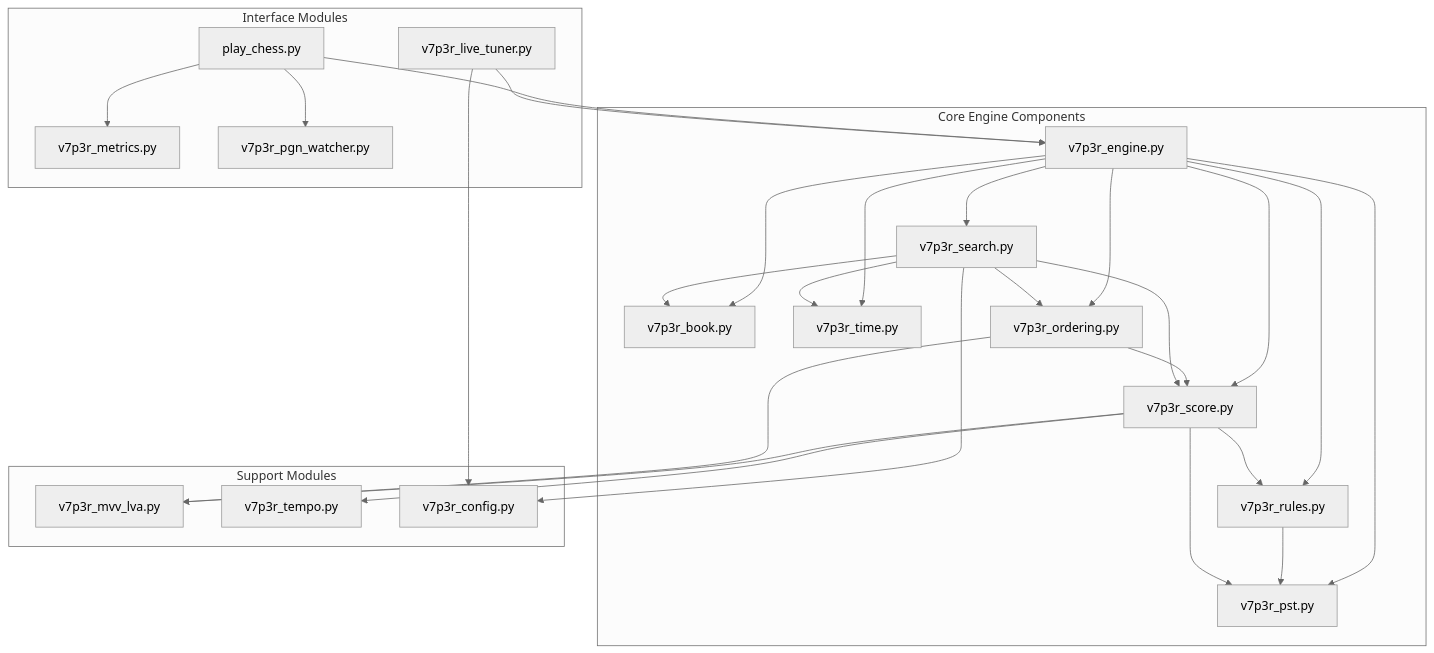
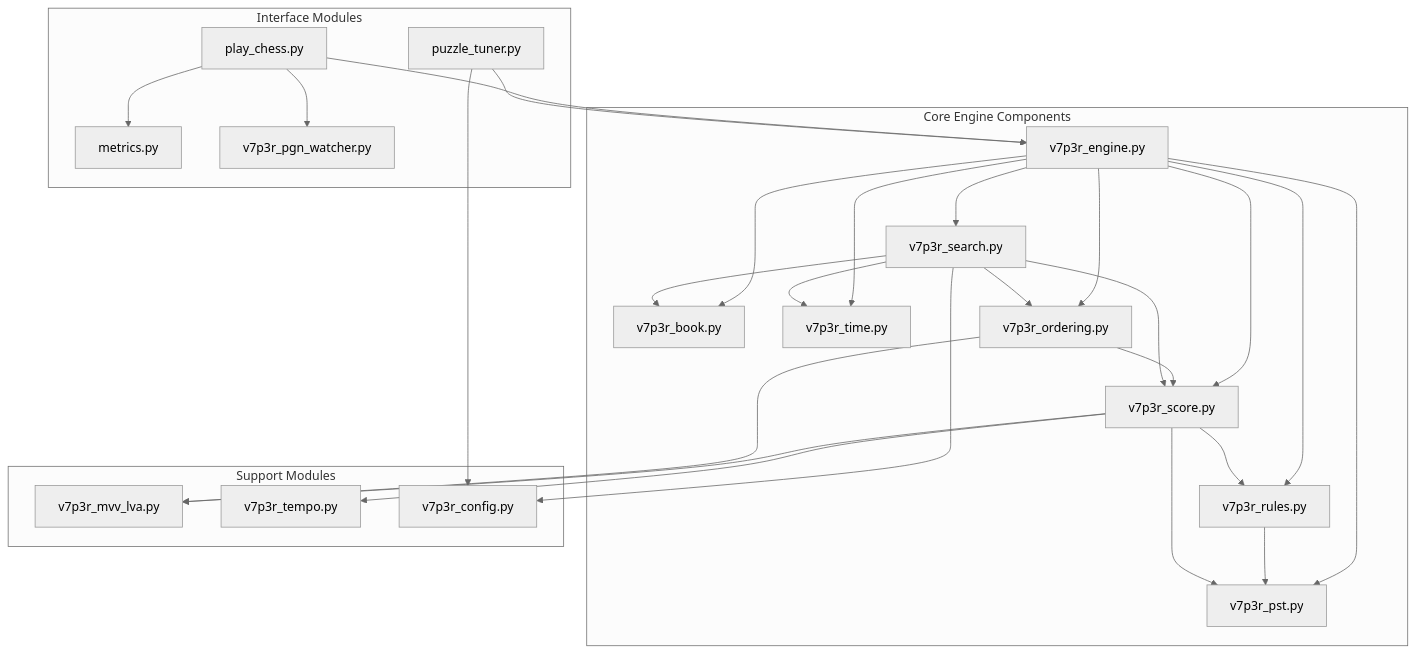
The diagram in docs/MODULE_DEPENDENCIES.md (pssnyder/v7p3r-chess-engine), drawn with Mermaid (neutral theme) before and after one commit. The commit also changed other lines of this file and 47 other files, not shown here.

````diff
--- a/docs/MODULE_DEPENDENCIES.md
+++ b/docs/MODULE_DEPENDENCIES.md
@@ -3,56 +3,56 @@
 ```mermaid
 graph TD
     A[v7p3r_engine.py] --> B[v7p3r_pst.py]
     A --> C[v7p3r_book.py]
     A --> D[v7p3r_time.py]
     A --> E[v7p3r_rules.py]
     A --> F[v7p3r_score.py]
     A --> G[v7p3r_ordering.py]
     A --> H[v7p3r_search.py]
     
     E --> B
     F --> E
     F --> B
     F --> I[v7p3r_mvv_lva.py]
     F --> J[v7p3r_tempo.py]
     
     G --> F
     G --> I
     
     H --> G
     H --> F
     H --> D
     H --> C
     H --> K[v7p3r_config.py]
 
     L[play_chess.py] --> A
-    L --> M[v7p3r_metrics.py]
+    L --> M[metrics.py]
     L --> N[v7p3r_pgn_watcher.py]
     
-    O[v7p3r_live_tuner.py] --> A
+    O[puzzle_tuner.py] --> A
     O --> K
 
     subgraph Core Engine Components
         A
         B
         C
         D
         E
         F
         G
         H
     end
 
     subgraph Support Modules
         I
         J
         K
     end
 
     subgraph Interface Modules
         L
         M
         N
         O
     end
 ```
````
